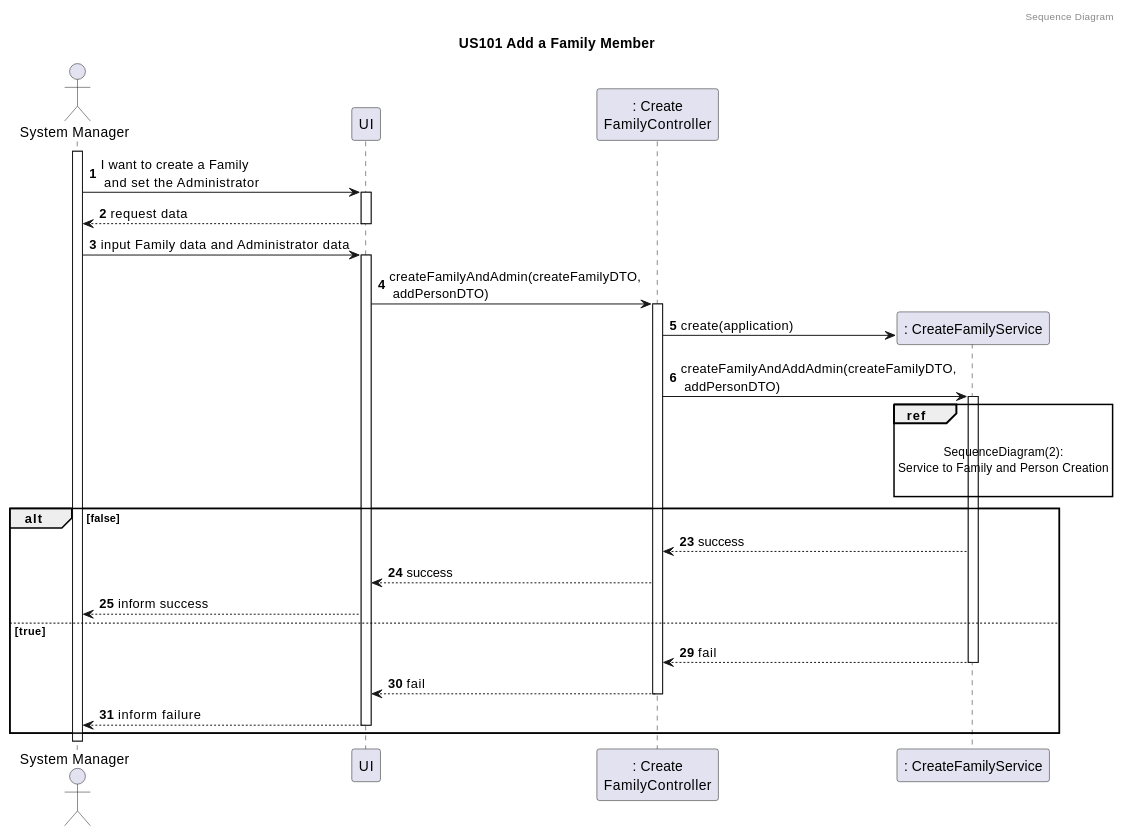
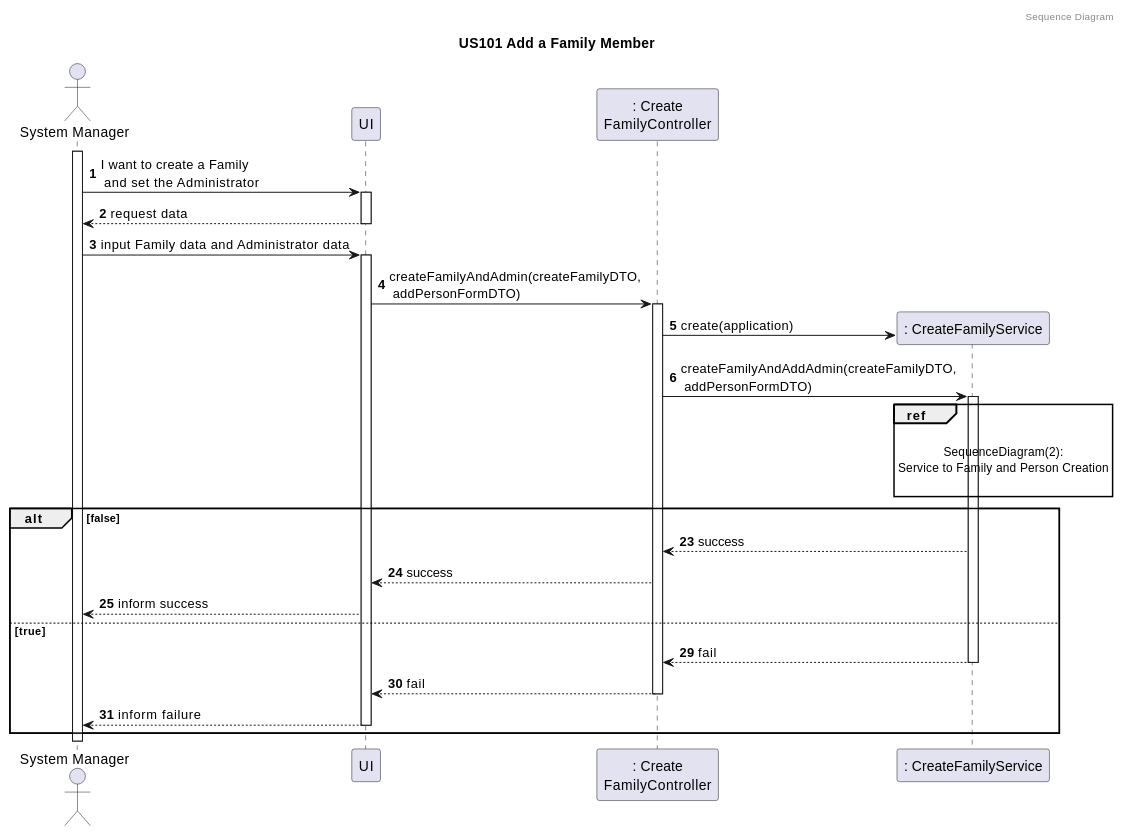
One commit to tomas-osswald/switch_2020_g3 changed the fourth of 5 diagrams in docs/templates/USXXX_TEMPLATE.md. Above: the diagram before and after it, drawn with PlantUML. The commit also changed other lines of this file and 16 other files, not shown here.

`````diff
--- a/docs/templates/USXXX_TEMPLATE.md
+++ b/docs/templates/USXXX_TEMPLATE.md
@@ -272,52 +272,52 @@
 ````puml
 @startuml
 
 autonumber
 header Sequence Diagram
 title US101 Add a Family Member
 
 actor "System Manager" as systemManager
 participant "UI" as UI
 participant ": Create\nFamilyController" as controller
 participant ": CreateFamilyService" as FamAdminService
 activate systemManager
 systemManager -> UI: I want to create a Family \n and set the Administrator
 activate UI
 return request data
 systemManager -> UI : input Family data and Administrator data
 activate UI
-UI -> controller : createFamilyAndAdmin(createFamilyDTO,\n addPersonDTO)
+UI -> controller : createFamilyAndAdmin(createFamilyDTO,\n addPersonFormDTO)
 activate controller
 controller -> FamAdminService** : create(application)
-controller -> FamAdminService : createFamilyAndAddAdmin(createFamilyDTO,\n addPersonDTO)
+controller -> FamAdminService : createFamilyAndAddAdmin(createFamilyDTO,\n addPersonFormDTO)
 activate FamAdminService
 
 ref over FamAdminService
 
 SequenceDiagram(2):
 Service to Family and Person Creation
 
 end
 
 alt #transparent false
 autonumber 23
 
 FamAdminService --> controller : success
 controller --> UI : success
 UI --> systemManager : inform success
 
 else true
 autonumber 29
 
 FamAdminService --> controller : fail
 deactivate FamAdminService
 
 controller --> UI : fail
 deactivate controller
 UI --> systemManager : inform failure
 deactivate UI
 
 
 end
 @enduml
 ````
`````
